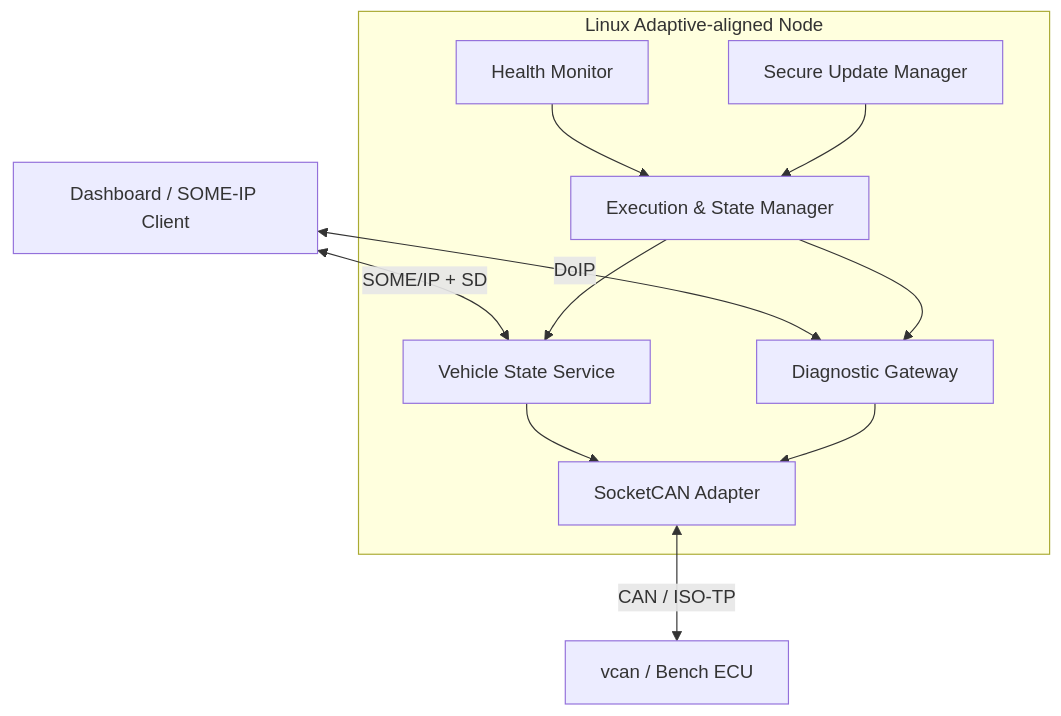
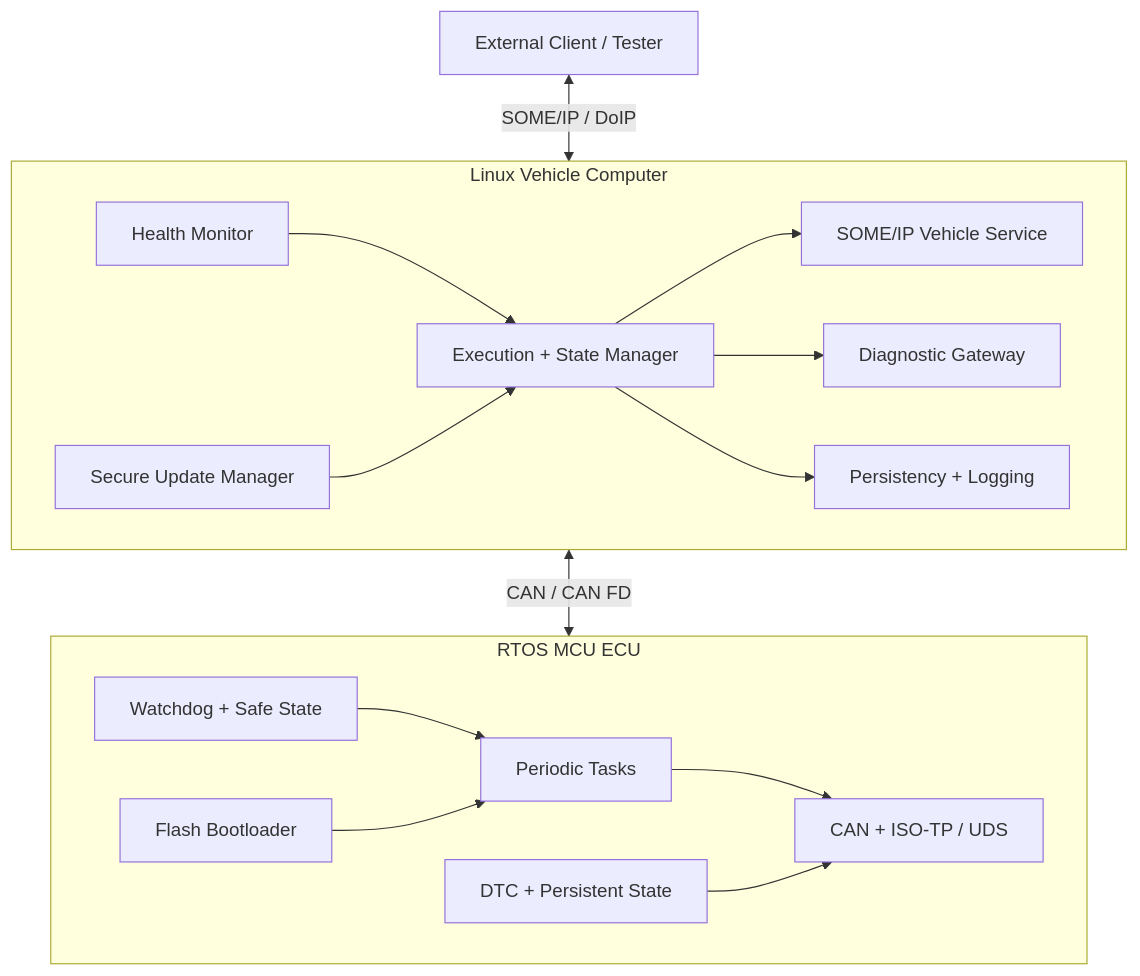
One commit to ThePo1es/adaptive-vehicle-platform-lab changed the first of 2 diagrams in README.md. Above: the diagram before and after it, drawn with Mermaid. The commit also changed other lines of this file and 33 other files, not shown here.

````diff
--- a/README.md
+++ b/README.md
@@ -31,23 +49,33 @@
 ```mermaid
 flowchart TB
-    Client["Dashboard / SOME-IP Client"]
-    subgraph Node["Linux Adaptive-aligned Node"]
-        VSS["Vehicle State Service"]
+    Client["External Client / Tester"]
+
+    subgraph Linux["Linux Vehicle Computer"]
+        VSS["SOME/IP Vehicle Service"]
         DG["Diagnostic Gateway"]
-        EM["Execution & State Manager"]
+        EM["Execution + State Manager"]
         HM["Health Monitor"]
         UM["Secure Update Manager"]
-        CA["SocketCAN Adapter"]
+        OBS["Persistency + Logging"]
     end
-    ECU["vcan / Bench ECU"]
 
-    Client <-->|"SOME/IP + SD"| VSS
-    Client <-->|"DoIP"| DG
+    subgraph MCU["RTOS MCU ECU"]
+        Tasks["Periodic Tasks"]
+        CAN["CAN + ISO-TP / UDS"]
+        DTC["DTC + Persistent State"]
+        WDG["Watchdog + Safe State"]
+        Boot["Flash Bootloader"]
+    end
+
+    Client <-->|"SOME/IP / DoIP"| Linux
+    Linux <-->|"CAN / CAN FD"| MCU
     EM --> VSS
     EM --> DG
     HM --> EM
     UM --> EM
-    VSS --> CA
-    DG --> CA
-    CA <-->|"CAN / ISO-TP"| ECU
+    EM --> OBS
+    Tasks --> CAN
+    WDG --> Tasks
+    Boot --> Tasks
+    DTC --> CAN
 ```
````
